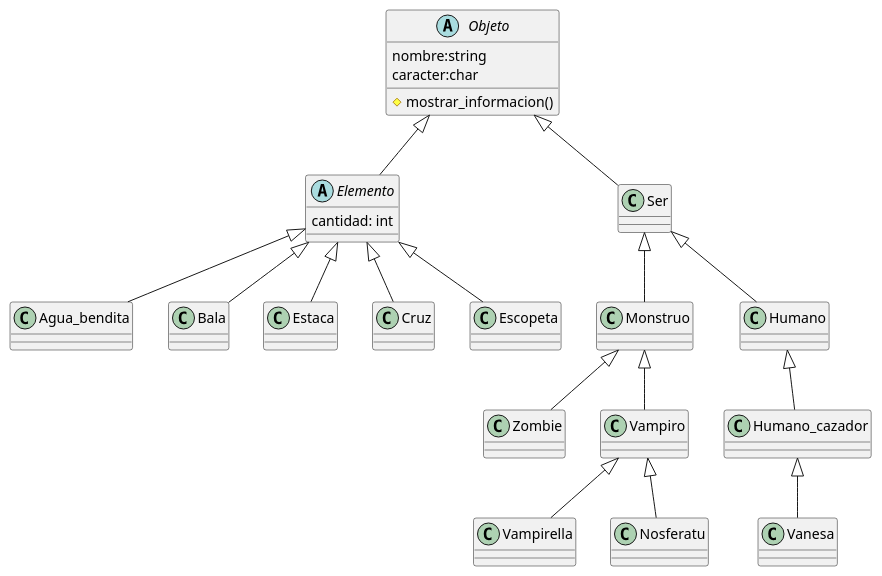
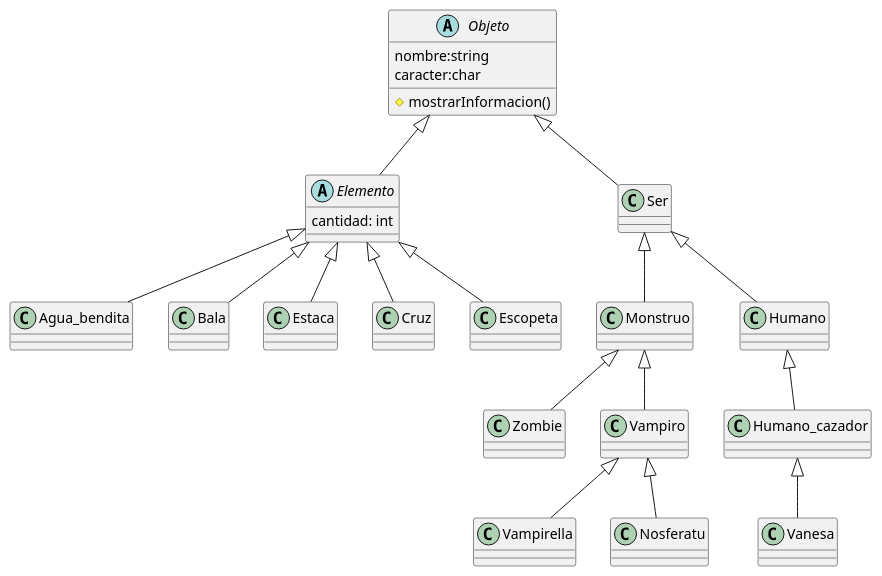
One commit to tomascenteno42/nosferatu changed the diagram in Tp2.puml. Above: the diagram before and after it, drawn with PlantUML. The commit also changed 42 other files, not shown here.

```diff
--- a/Tp2.puml
+++ b/Tp2.puml
@@ -1,57 +1,57 @@
 @startuml
 'https://plantuml.com/class-diagram
 
 abstract class Objeto {
 nombre:string
 caracter:char
-#mostrar_informacion()
+#mostrarInformacion()
 }
 abstract class Elemento {
 cantidad: int
 }
 class Ser {}
 class Monstruo{}
 
 class Agua_bendita{}
 class Bala{}
 class Estaca{}
 class Cruz{}
 class Escopeta{}
 
 
 class Humano{}
 class Humano_cazador{}
 class Vanesa{}
 
 class Zombie{}
 class Vampiro{}
 class Vampirella{}
 class Nosferatu{}
 
 
 Objeto <|-- Ser
 
     Ser <|-- Humano
         Humano <|-- Humano_cazador
             Humano_cazador <|-- Vanesa
 
     Ser <|-- Monstruo
         Monstruo <|-- Zombie
         Monstruo <|-- Vampiro
             Vampiro <|-- Nosferatu
             Vampiro <|-- Vampirella
 
 Objeto <|-- Elemento
 
     Elemento <|-- Agua_bendita
     Elemento <|-- Cruz
     Elemento <|-- Bala
     Elemento <|-- Estaca
     Elemento <|-- Escopeta
 
 
 
 
 
 
 @enduml
```
